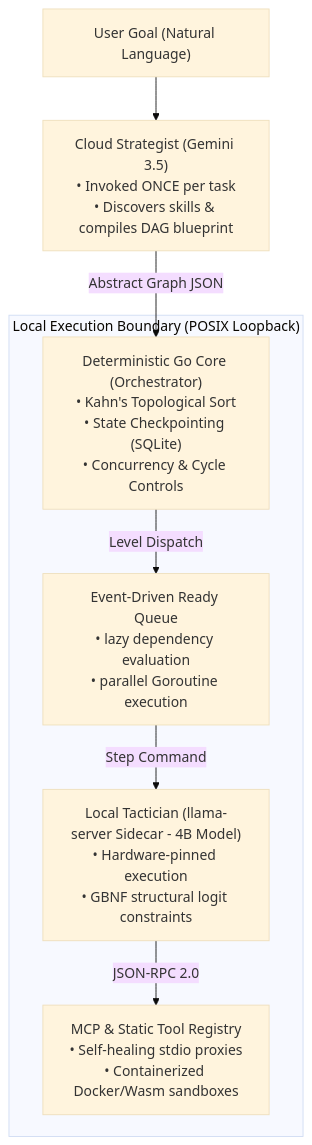
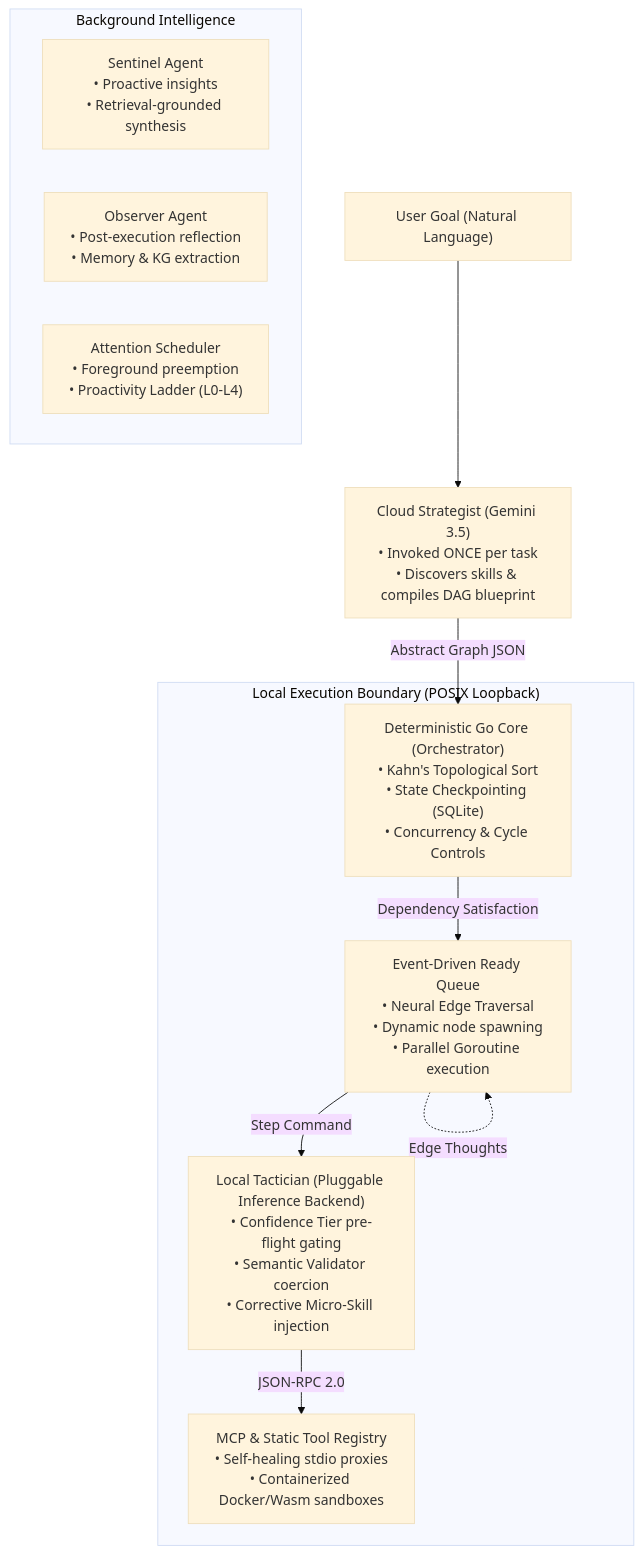
The first of 2 diagrams in docs/product-strategy-update.md (The18thWarrior/tzro), drawn with Mermaid (base theme) before and after one commit. The commit also changed other lines of this file and 19 other files, not shown here.

````diff
--- a/docs/product-strategy-update.md
+++ b/docs/product-strategy-update.md
@@ -27,14 +30,22 @@
 ```mermaid
 graph TD
     User["User Goal (Natural Language)"] --> CloudStrategist["Cloud Strategist (Gemini 3.5)<br>• Invoked ONCE per task<br>• Discovers skills & compiles DAG blueprint"]
     
     CloudStrategist -->|Abstract Graph JSON| GoCore["Deterministic Go Core (Orchestrator)<br>• Kahn's Topological Sort<br>• State Checkpointing (SQLite)<br>• Concurrency & Cycle Controls"]
     
     subgraph "Local Execution Boundary (POSIX Loopback)"
-        GoCore -->|Level Dispatch| ReadyQueue["Event-Driven Ready Queue<br>• lazy dependency evaluation<br>• parallel Goroutine execution"]
+        GoCore -->|Dependency Satisfaction| ReadyQueue["Event-Driven Ready Queue<br>• Neural Edge Traversal<br>• Dynamic node spawning<br>• Parallel Goroutine execution"]
         
-        ReadyQueue -->|Step Command| LocalTactician["Local Tactician (llama-server Sidecar - 4B Model)<br>• Hardware-pinned execution<br>• GBNF structural logit constraints"]
+        ReadyQueue -->|Step Command| LocalTactician["Local Tactician (Pluggable Inference Backend)<br>• Confidence Tier pre-flight gating<br>• Semantic Validator coercion<br>• Corrective Micro-Skill injection"]
         
         LocalTactician -->|JSON-RPC 2.0| MCPRegistry["MCP & Static Tool Registry<br>• Self-healing stdio proxies<br>• Containerized Docker/Wasm sandboxes"]
+        
+        ReadyQueue -.->|Edge Thoughts| ReadyQueue
+    end
+    
+    subgraph "Background Intelligence"
+        Sentinel["Sentinel Agent<br>• Proactive insights<br>• Retrieval-grounded synthesis"]
+        Observer["Observer Agent<br>• Post-execution reflection<br>• Memory & KG extraction"]
+        Scheduler["Attention Scheduler<br>• Foreground preemption<br>• Proactivity Ladder (L0-L4)"]
     end
 ```
````
